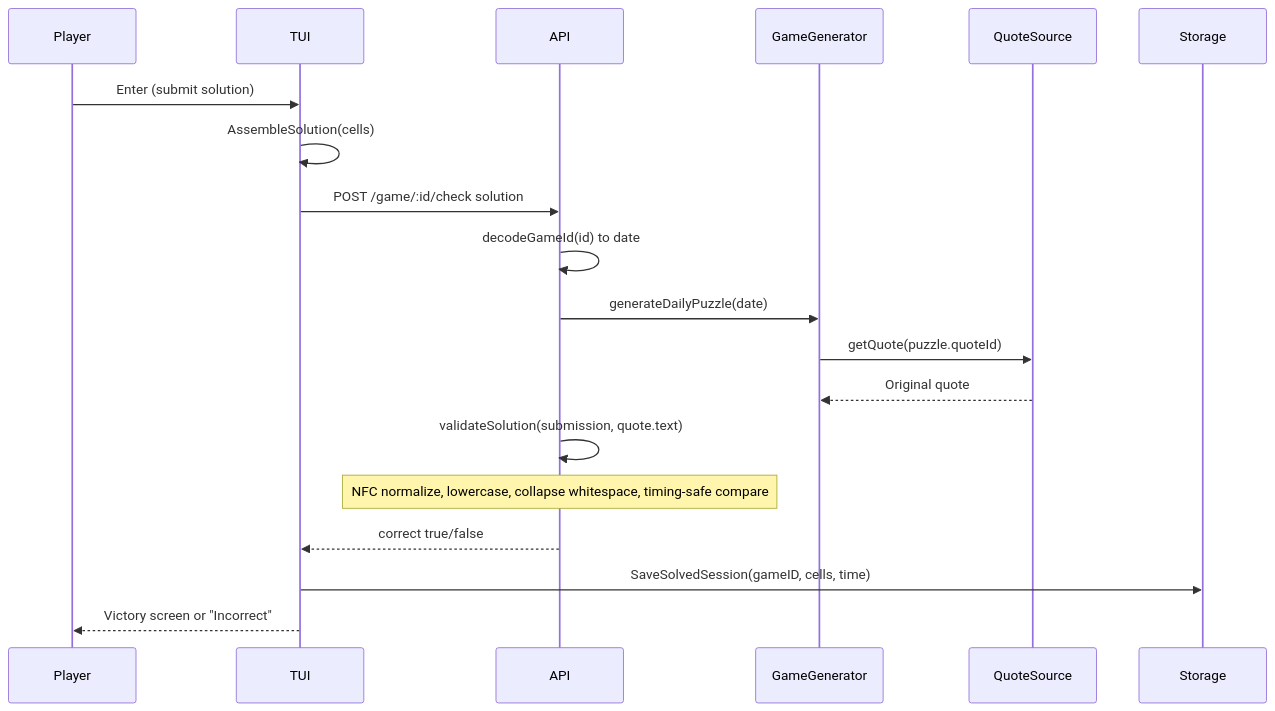
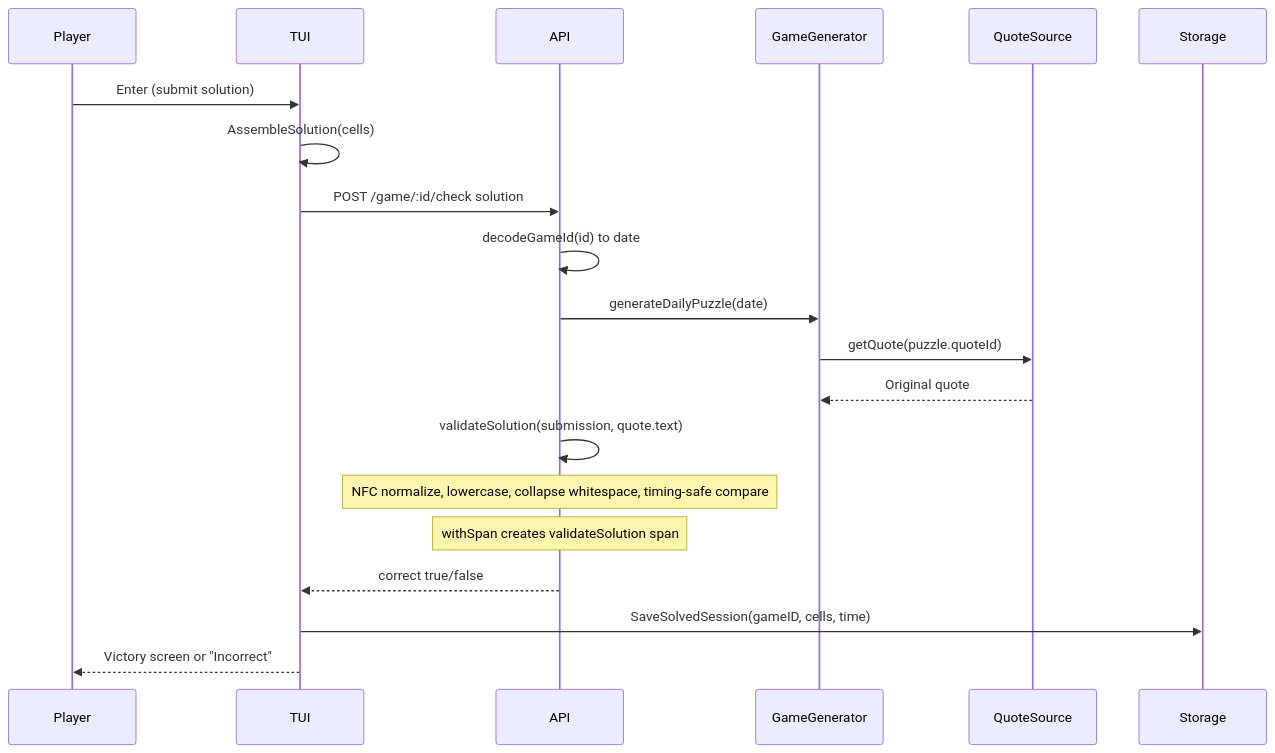
The third of 5 diagrams in docs/CODEBASE_MAP.md (bojanrajkovic/unquote), drawn with Mermaid before and after one commit. The commit also changed other lines of this file and 21 other files, not shown here.

````diff
--- a/docs/CODEBASE_MAP.md
+++ b/docs/CODEBASE_MAP.md
@@ -274,21 +292,22 @@
 ```mermaid
 sequenceDiagram
     participant Player
     participant TUI
     participant API
     participant Generator as GameGenerator
     participant QuoteSource
 
     Player->>TUI: Enter (submit solution)
     TUI->>TUI: AssembleSolution(cells)
     TUI->>API: POST /game/:id/check solution
     API->>API: decodeGameId(id) to date
     API->>Generator: generateDailyPuzzle(date)
     Generator->>QuoteSource: getQuote(puzzle.quoteId)
     QuoteSource-->>Generator: Original quote
     API->>API: validateSolution(submission, quote.text)
     Note over API: NFC normalize, lowercase, collapse whitespace, timing-safe compare
+    Note over API: withSpan creates validateSolution span
     API-->>TUI: correct true/false
     TUI->>Storage: SaveSolvedSession(gameID, cells, time)
     TUI-->>Player: Victory screen or "Incorrect"
 ```
````
